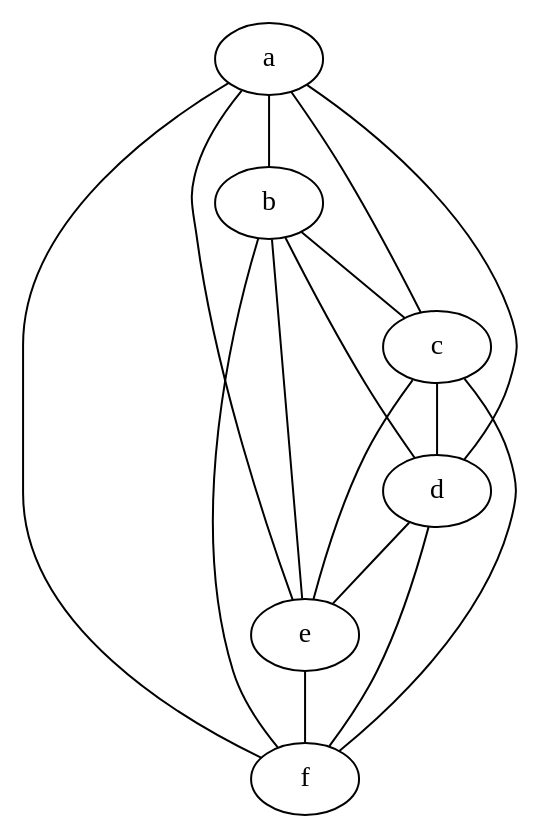
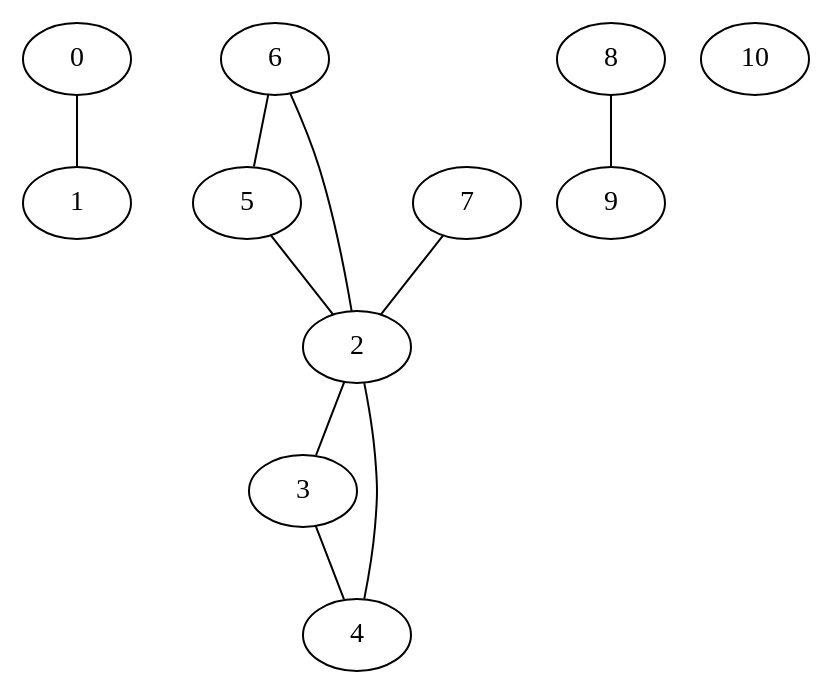
One commit to cdanielgomes/FEUP-Register-Allocation changed the diagram in dotExemple.dot. Above: the diagram before and after it, drawn with Graphviz. The commit also changed 8 other files, not shown here.

```diff
--- a/dotExemple.dot
+++ b/dotExemple.dot
@@ -1,17 +1,12 @@
 graph {
-    a -- b;
-    b -- c;
-    c -- d;
-    d -- e;
-    e -- f;
-    a -- f;
-    a -- c;
-    a -- d;
-    a -- e;
-    b -- d;
-    b -- e;
-    b -- f;
-    c -- e;
-    c -- f;
-    d -- f;
+    0 -- 1;
+    6 -- 5;
+    6 -- 2;
+    5 -- 2;
+    7 -- 2;
+    2 -- 3;
+    2 -- 4;
+    3 -- 4;
+    8 -- 9;
+    10;
 }
```
